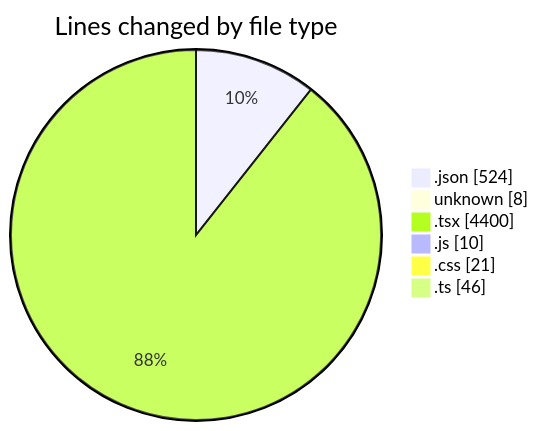
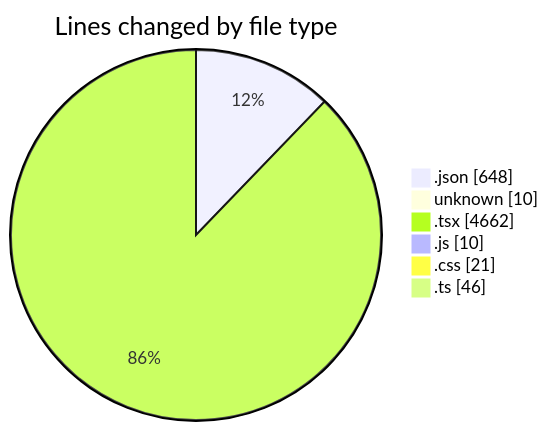
The first of 2 diagrams in 2025-05-02/niten/README.md (Elitesun/code-tracking), drawn with Mermaid before and after one commit. The commit also changed other lines of this file and 1 other file, not shown here.

````diff
--- a/2025-05-02/niten/README.md
+++ b/2025-05-02/niten/README.md
@@ -60,10 +63,10 @@
 ```mermaid
 pie showData
 title Lines changed by file type
-".json" : 524
-"unknown" : 8
-".tsx" : 4400
+".json" : 648
+"unknown" : 10
+".tsx" : 4662
 ".js" : 10
 ".css" : 21
 ".ts" : 46
 ```
````
